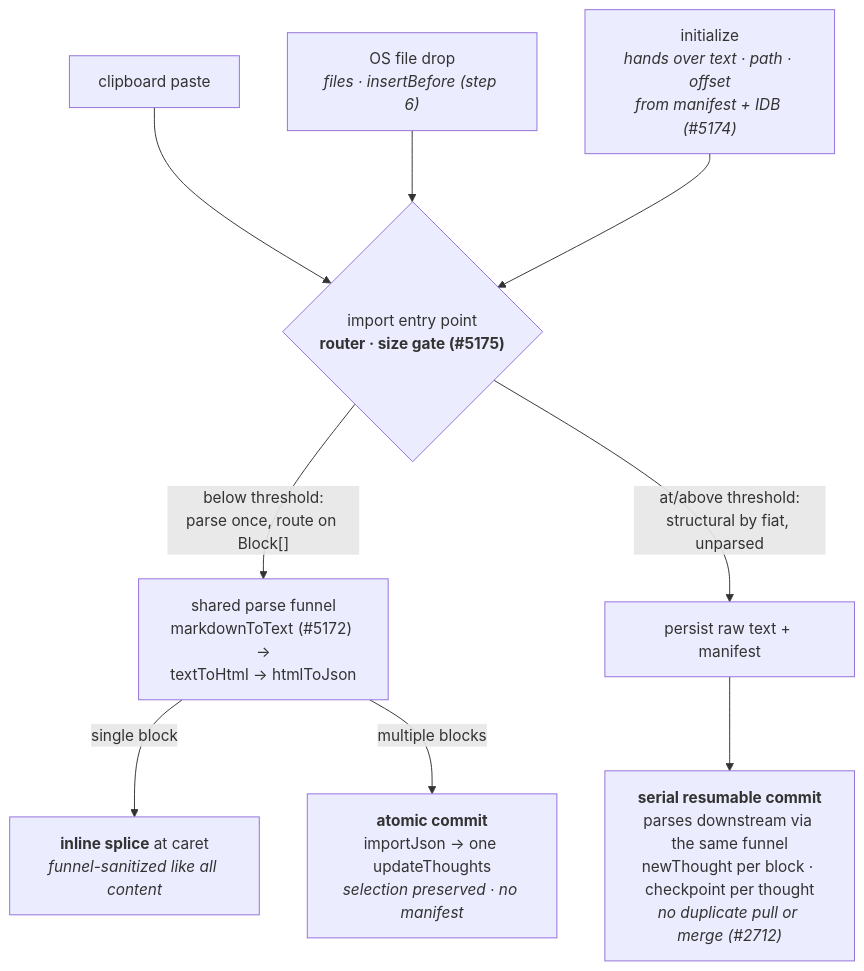
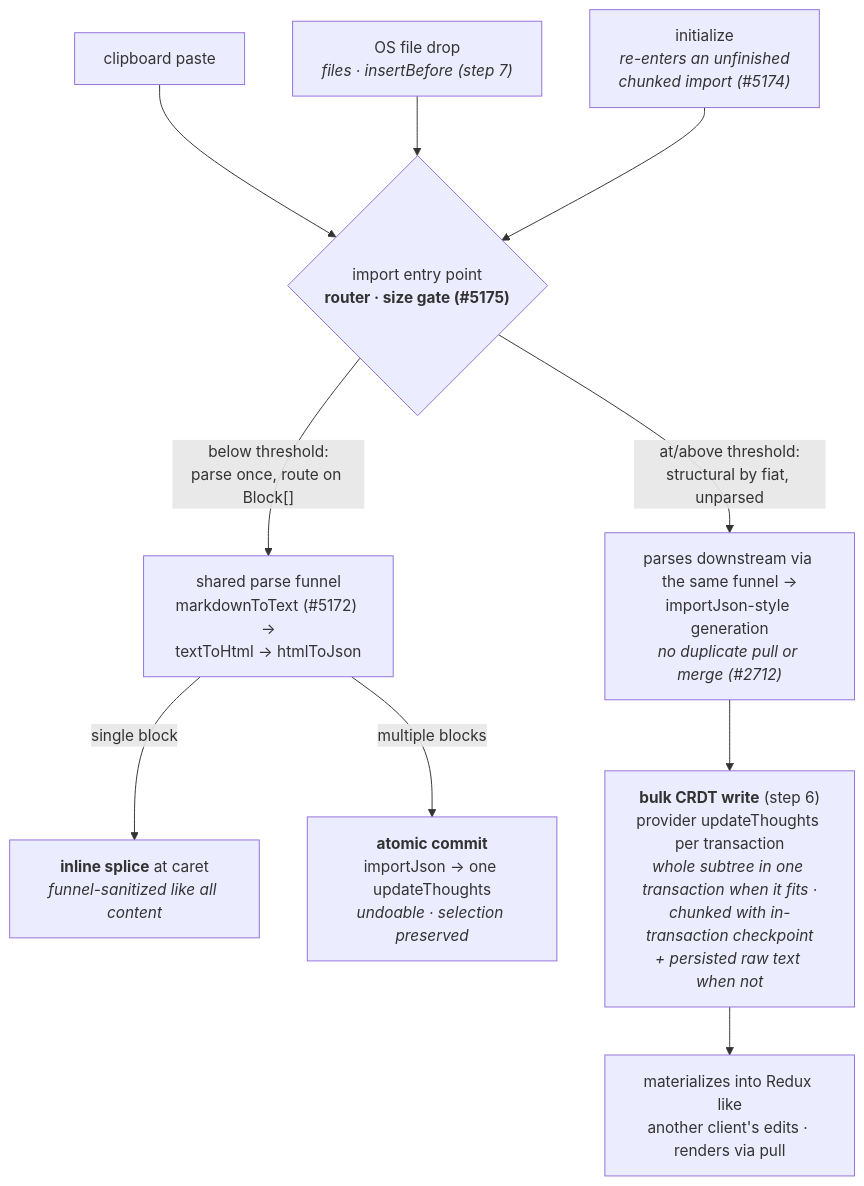
The third of 3 diagrams in docs/import-pipeline.md (cybersemics/em), drawn with Mermaid before and after one commit. The commit also changed other lines of this file, not shown here.

First line of the commit message:
docs(import-pipeline): retarget large imports at the TreeCRDT store

````diff
--- a/docs/import-pipeline.md
+++ b/docs/import-pipeline.md
@@ -256,16 +256,17 @@
 ```mermaid
 flowchart TD
     paste["clipboard paste"] --> entry
-    dnd["OS file drop<br/><i>files · insertBefore (step 6)</i>"] --> entry
-    resume["initialize<br/><i>hands over text · path · offset<br/>from manifest + IDB (#5174)</i>"] --> entry
+    dnd["OS file drop<br/><i>files · insertBefore (step 7)</i>"] --> entry
+    resume["initialize<br/><i>re-enters an unfinished<br/>chunked import (#5174)</i>"] --> entry
 
     entry{"import entry point<br/><b>router · size gate (#5175)</b>"}
     entry -- "below threshold:<br/>parse once, route on Block[]" --> funnel
-    entry -- "at/above threshold:<br/>structural by fiat, unparsed" --> persist
+    entry -- "at/above threshold:<br/>structural by fiat, unparsed" --> bulkgen
 
     funnel["shared parse funnel<br/>markdownToText (#5172) →<br/>textToHtml → htmlToJson"]
     funnel -- "single block" --> splice["<b>inline splice</b> at caret<br/><i>funnel-sanitized like all content</i>"]
-    funnel -- "multiple blocks" --> atomic["<b>atomic commit</b><br/>importJson → one updateThoughts<br/><i>selection preserved · no manifest</i>"]
+    funnel -- "multiple blocks" --> atomic["<b>atomic commit</b><br/>importJson → one updateThoughts<br/><i>undoable · selection preserved</i>"]
 
-    persist["persist raw text + manifest"] --> serial["<b>serial resumable commit</b><br/>parses downstream via the same funnel<br/>newThought per block · checkpoint per thought<br/><i>no duplicate pull or merge (#2712)</i>"]
+    bulkgen["parses downstream via the same funnel →<br/>importJson-style generation<br/><i>no duplicate pull or merge (#2712)</i>"] --> write["<b>bulk CRDT write</b> (step 6)<br/>provider updateThoughts per transaction<br/><i>whole subtree in one transaction when it fits ·<br/>chunked with in-transaction checkpoint<br/>+ persisted raw text when not</i>"]
+    write --> ingest["materializes into Redux like<br/>another client's edits · renders via pull"]
 ```
````
